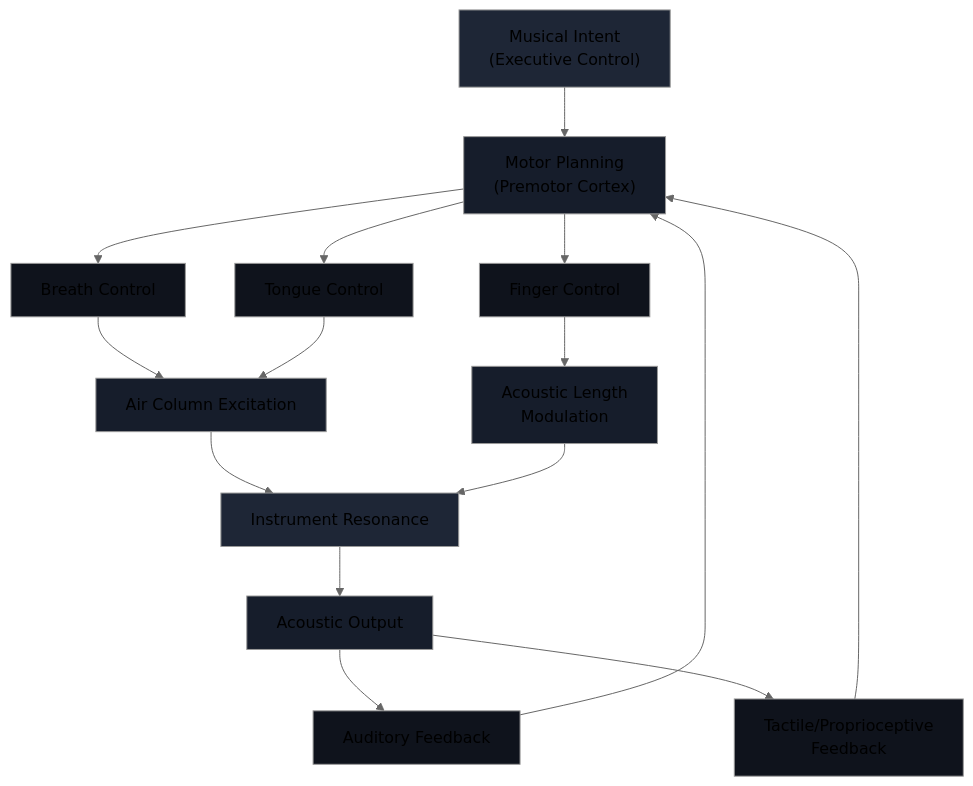
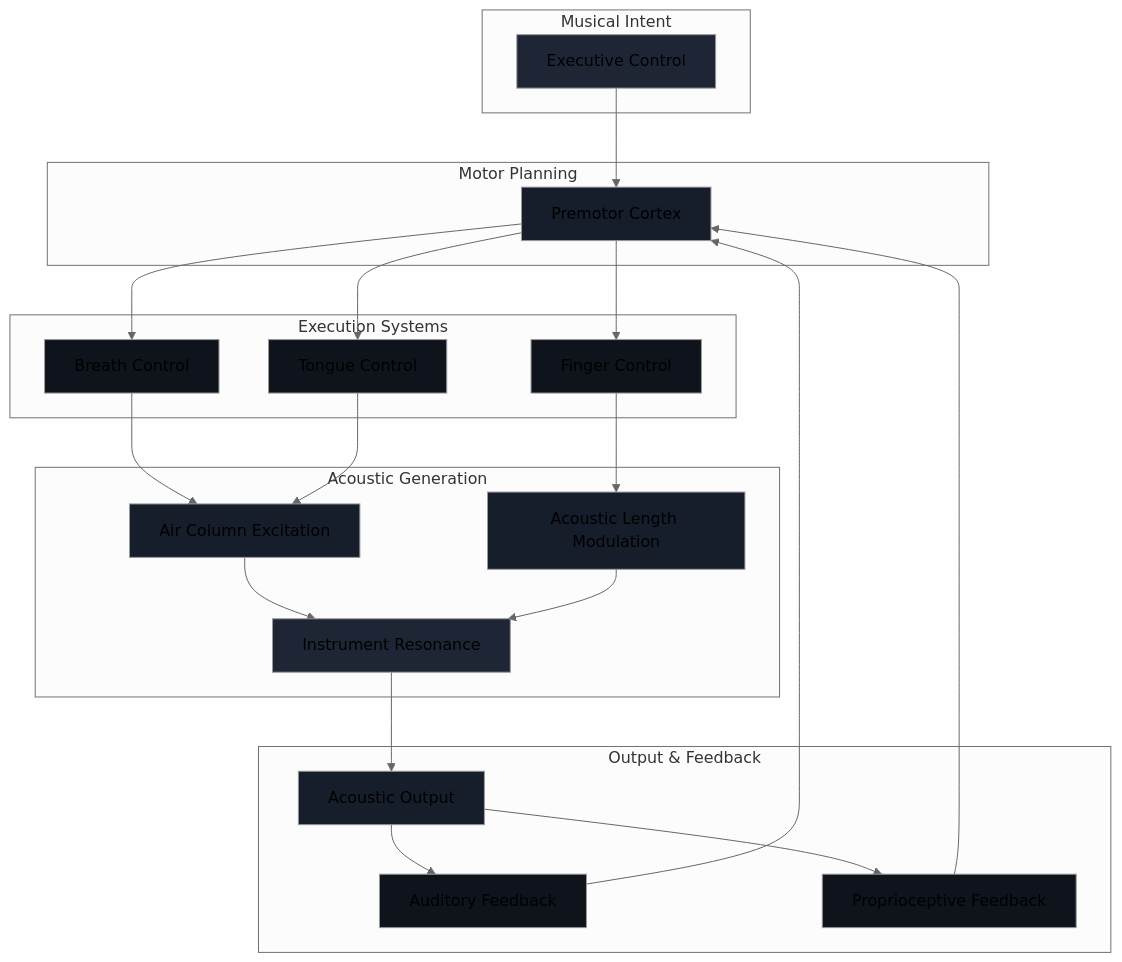
Before and after one commit to blebleblee/synapse: the diagram in topics/arts/music_performance/woodwinds/lesson_03_finger_technique_and_articulation.md, drawn with Mermaid (neutral theme). The commit also changed other lines of this file and 4 other files, not shown here.

````diff
--- a/topics/arts/music_performance/woodwinds/lesson_03_finger_technique_and_articulation.md
+++ b/topics/arts/music_performance/woodwinds/lesson_03_finger_technique_and_articulation.md
@@ -41,29 +33,51 @@
 ```mermaid
 graph TB
-    A["Musical Intent<br/>(Executive Control)"] --> B["Motor Planning<br/>(Premotor Cortex)"]
-    B --> C["Breath Control"]
-    B --> D["Tongue Control"]
-    B --> E["Finger Control"]
-    C --> F["Air Column Excitation"]
+    subgraph sub_intent ["Musical Intent"]
+        A[Executive Control]
+    end
+    subgraph sub_planning ["Motor Planning"]
+        B[Premotor Cortex]
+    end
+    subgraph sub_execution ["Execution Systems"]
+        C[Breath Control]
+        D[Tongue Control]
+        E[Finger Control]
+    end
+    subgraph sub_acoustics ["Acoustic Generation"]
+        F[Air Column Excitation]
+        G[Acoustic Length Modulation]
+        H[Instrument Resonance]
+    end
+    subgraph sub_output ["Output & Feedback"]
+        I[Acoustic Output]
+        J[Auditory Feedback]
+        K[Proprioceptive Feedback]
+    end
+    
+    A --> B
+    B --> C
+    B --> D
+    B --> E
+    C --> F
     D --> F
-    E --> G["Acoustic Length<br/>Modulation"]
-    F --> H["Instrument Resonance"]
+    E --> G
+    F --> H
     G --> H
-    H --> I["Acoustic Output"]
-    I --> J["Auditory Feedback"]
-    I --> K["Tactile/Proprioceptive<br/>Feedback"]
+    H --> I
+    I --> J
+    I --> K
     J --> B
     K --> B
     
     style A fill:#1E2636
     style B fill:#161D2B
     style C fill:#0F131C
     style D fill:#0F131C
     style E fill:#0F131C
     style F fill:#161D2B
     style G fill:#161D2B
     style H fill:#1E2636
     style I fill:#161D2B
     style J fill:#0F131C
     style K fill:#0F131C
 ```
````
